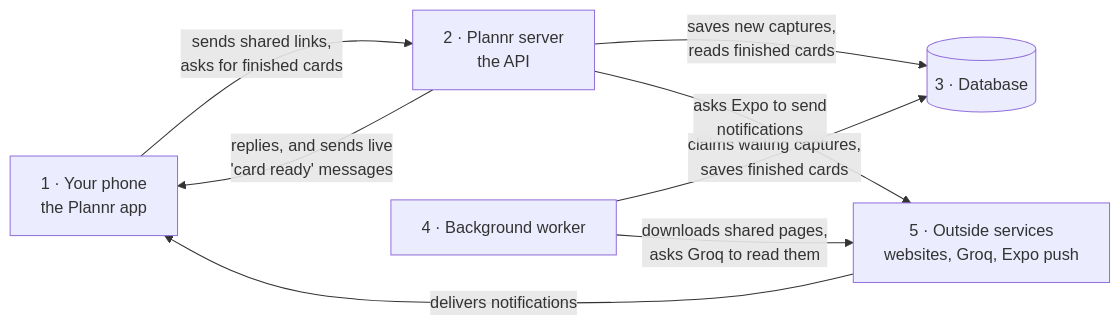
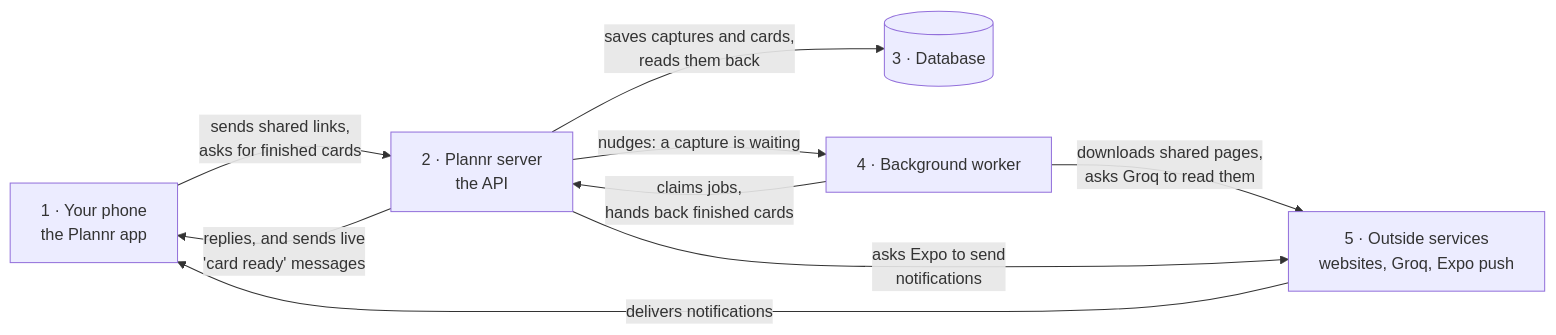
The first of 14 diagrams in docs/architecture.md (SunchokePasta/Plannr), drawn with Mermaid before and after one commit. The commit also changed other lines of this file and 4 other files, not shown here.

First line of the commit message:
Redraw the architecture page for the hand-offs; log 12a's fixes (12b)

````diff
--- a/docs/architecture.md
+++ b/docs/architecture.md
@@ -67,16 +77,17 @@
 ```mermaid
 flowchart LR
   G1["1 · Your phone<br/>the Plannr app"]
   G2["2 · Plannr server<br/>the API"]
   G3[("3 · Database")]
   G4["4 · Background worker"]
   G5["5 · Outside services<br/>websites, Groq, Expo push"]
 
   G1 -->|"sends shared links,<br/>asks for finished cards"| G2
   G2 -->|"replies, and sends live<br/>'card ready' messages"| G1
-  G2 -->|"saves new captures,<br/>reads finished cards"| G3
-  G4 -->|"claims waiting captures,<br/>saves finished cards"| G3
+  G2 -->|"saves captures and cards,<br/>reads them back"| G3
+  G2 -->|"nudges: a capture is waiting"| G4
+  G4 -->|"claims jobs,<br/>hands back finished cards"| G2
   G4 -->|"downloads shared pages,<br/>asks Groq to read them"| G5
   G2 -->|"asks Expo to send<br/>notifications"| G5
   G5 -->|"delivers notifications"| G1
 ```
````
